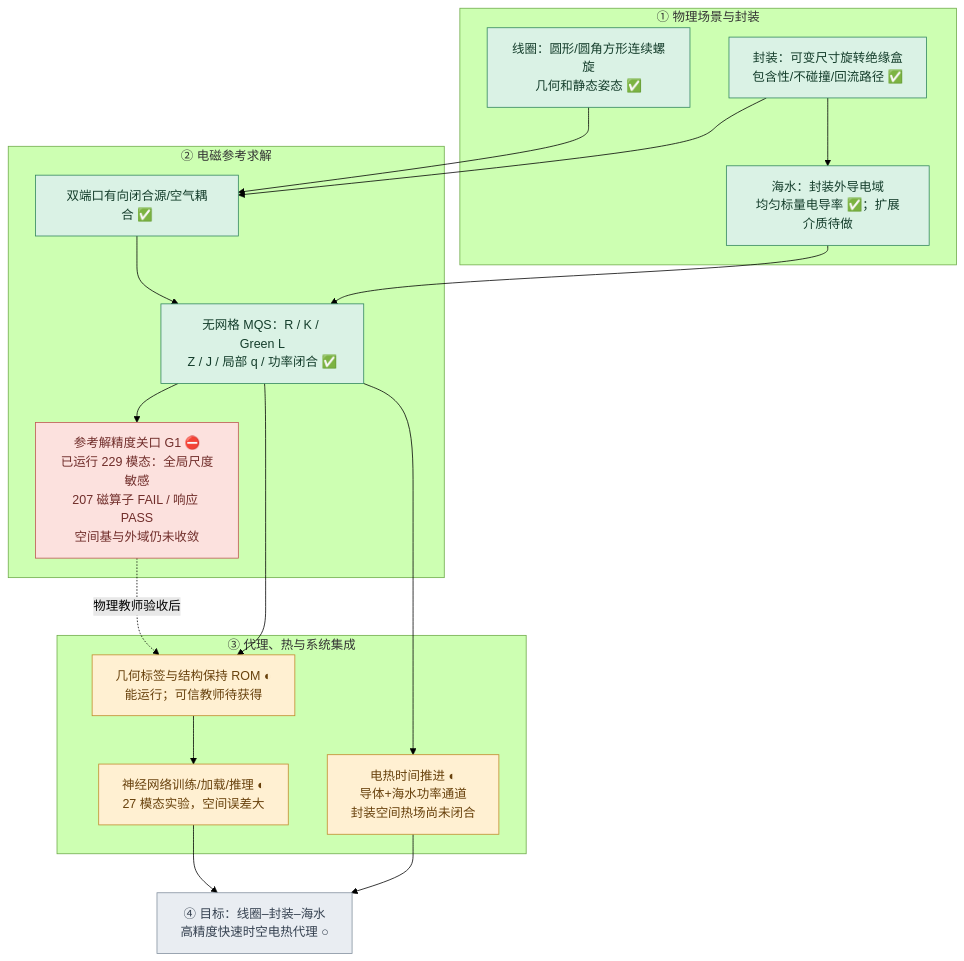
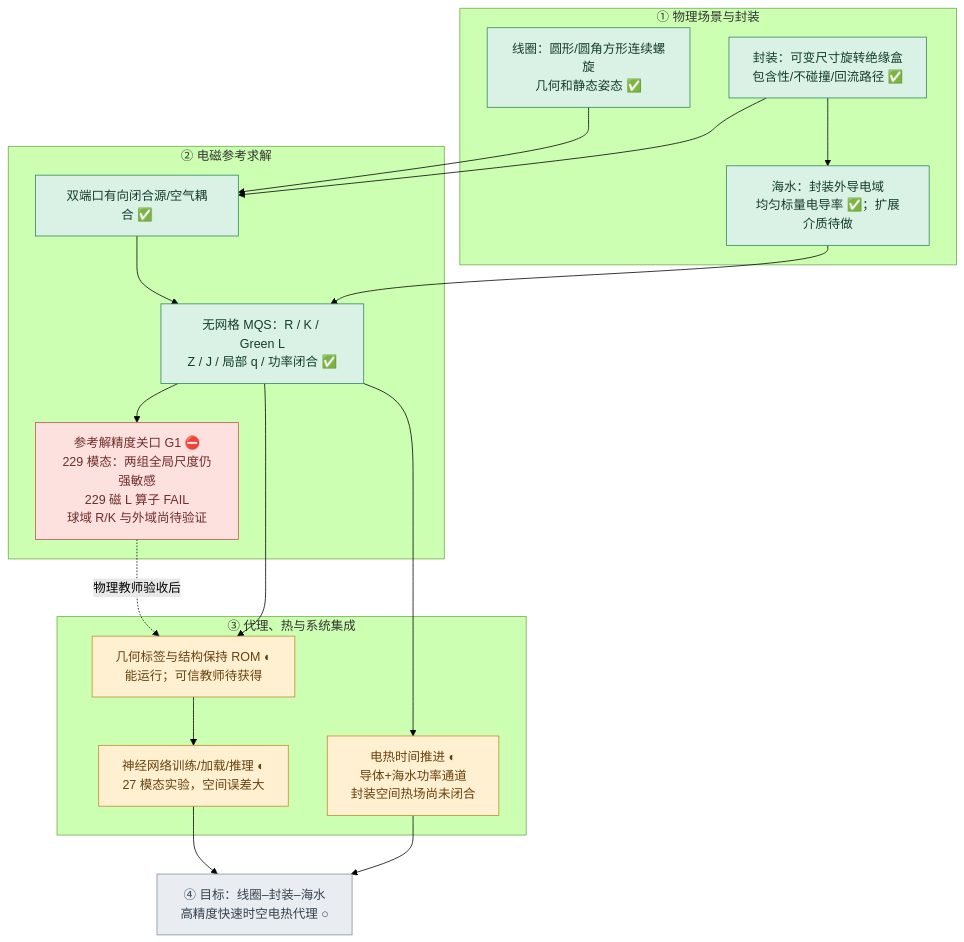
The first of 3 diagrams in docs/research/bfzi_uwpt_electrothermal/PROJECT_PROGRESS.md (AliceThunder/SDFMPNEO), drawn with Mermaid (forest theme) before and after one commit. The commit also changed other lines of this file, not shown here.

Commit message:
docs(BFZI): confirm 60-pass 207/210/213/229 and 229 magnetic FAIL, plan independent far angular R/K gates

````diff
--- a/docs/research/bfzi_uwpt_electrothermal/PROJECT_PROGRESS.md
+++ b/docs/research/bfzi_uwpt_electrothermal/PROJECT_PROGRESS.md
@@ -20,44 +20,44 @@
 ```mermaid
 flowchart TB
     subgraph PH["① 物理场景与封装"]
         C["线圈：圆形/圆角方形连续螺旋<br/>几何和静态姿态 ✅"]
         P["封装：可变尺寸旋转绝缘盒<br/>包含性/不碰撞/回流路径 ✅"]
         M["海水：封装外导电域<br/>均匀标量电导率 ✅；扩展介质待做"]
     end
 
     subgraph EM["② 电磁参考求解"]
         S["双端口有向闭合源/空气耦合 ✅"]
         E["无网格 MQS：R / K / Green L<br/>Z / J / 局部 q / 功率闭合 ✅"]
-        V["参考解精度关口 G1 ⛔<br/>已运行 229 模态：全局尺度敏感<br/>207 磁算子 FAIL / 响应 PASS<br/>空间基与外域仍未收敛"]
+        V["参考解精度关口 G1 ⛔<br/>229 模态：两组全局尺度仍强敏感<br/>229 磁 L 算子 FAIL<br/>球域 R/K 与外域尚待验证"]
     end
 
     subgraph FAST["③ 代理、热与系统集成"]
         D["几何标签与结构保持 ROM ◐<br/>能运行；可信教师待获得"]
         N["神经网络训练/加载/推理 ◐<br/>27 模态实验，空间误差大"]
         T["电热时间推进 ◐<br/>导体+海水功率通道<br/>封装空间热场尚未闭合"]
     end
 
     F["④ 目标：线圈–封装–海水<br/>高精度快速时空电热代理 ○"]
 
     C --> S
     P --> S
     P --> M
     M --> E
     S --> E
     E --> V
     E --> D
     V -. "物理教师验收后" .-> D
     D --> N
     E --> T
     N --> F
     T --> F
 
     classDef done fill:#daf2e5,stroke:#30855e,color:#143d2b
     classDef doing fill:#fff0d2,stroke:#c18a2a,color:#68410c
     classDef blocked fill:#fce1de,stroke:#bd5651,color:#702d2a
     classDef future fill:#e9edf2,stroke:#83909e,color:#354150
     class C,P,M,S,E done
     class D,N,T doing
     class V blocked
     class F future
 ```
````
